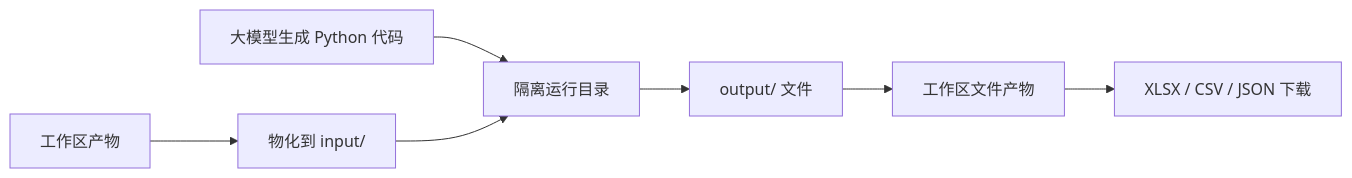
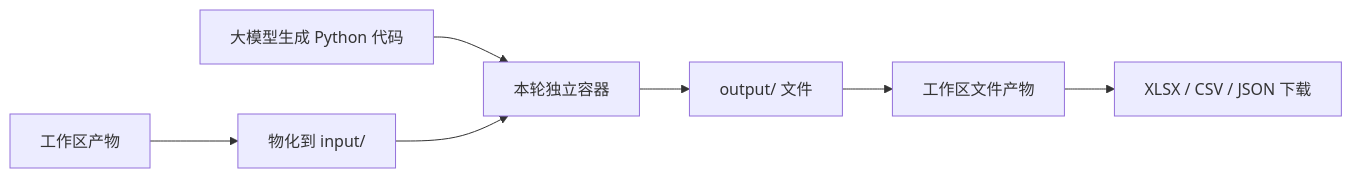
One commit to xiaour/yolo-data changed the ninth of 15 diagrams in docs/architecture.md. Above: the diagram before and after it, drawn with Mermaid. The commit also changed other lines of this file and 27 other files, not shown here.

````diff
--- a/docs/architecture.md
+++ b/docs/architecture.md
@@ -902,9 +902,9 @@
 ```mermaid
 flowchart LR
   ARTIFACT["工作区产物"] --> MATERIALIZE["物化到 input/"]
-  MODEL["大模型生成 Python 代码"] --> SANDBOX["隔离运行目录"]
+  MODEL["大模型生成 Python 代码"] --> SANDBOX["本轮独立容器"]
   MATERIALIZE --> SANDBOX
   SANDBOX --> OUTPUT["output/ 文件"]
   OUTPUT --> FILEARTIFACT["工作区文件产物"]
   FILEARTIFACT --> DOWNLOAD["XLSX / CSV / JSON 下载"]
 ```
````
